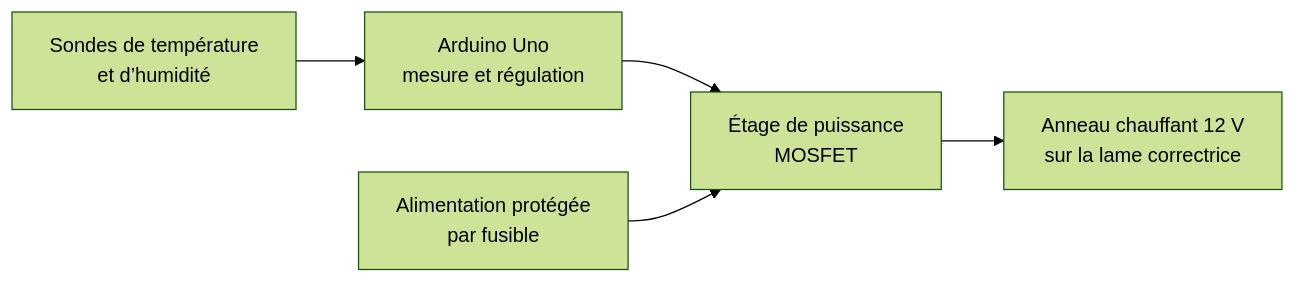
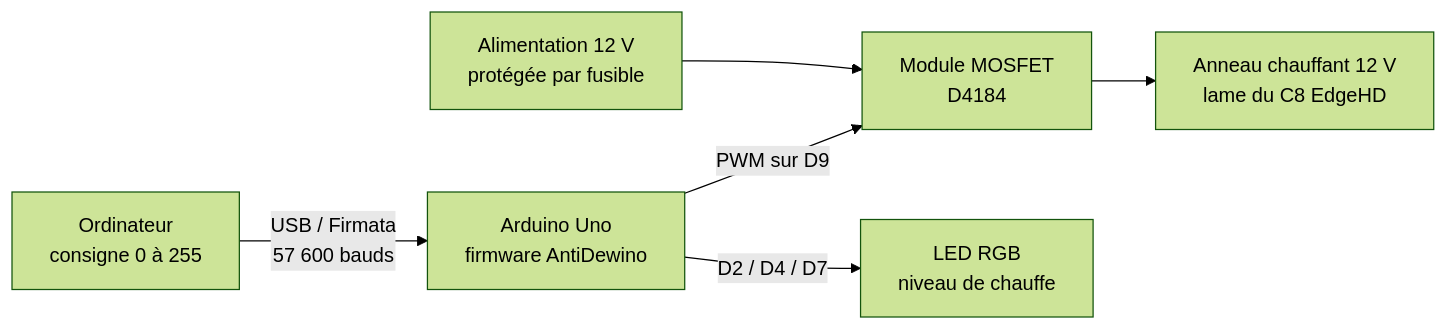
The diagram in content/astronomie/materiel/antidewino/architecture.md (CosmicExplorator/cosmicexplorator.github.io), drawn with Mermaid (forest theme) before and after one commit. The commit also changed other lines of this file and 4 other files, not shown here.

```diff
--- a/content/astronomie/materiel/antidewino/architecture.md
+++ b/content/astronomie/materiel/antidewino/architecture.md
@@ -13,7 +15,8 @@
 {{< mermaid >}}
 flowchart LR
-    S["Sondes de température<br/>et d’humidité"] --> A["Arduino Uno<br/>mesure et régulation"]
-    A --> M["Étage de puissance<br/>MOSFET"]
-    P["Alimentation protégée<br/>par fusible"] --> M
-    M --> R["Anneau chauffant 12 V<br/>sur la lame correctrice"]
+    H["Ordinateur<br/>consigne 0 à 255"] -->|"USB / Firmata<br/>57 600 bauds"| A["Arduino Uno<br/>firmware AntiDewino"]
+    A -->|"PWM sur D9"| M["Module MOSFET<br/>D4184"]
+    A -->|"D2 / D4 / D7"| L["LED RGB<br/>niveau de chauffe"]
+    P["Alimentation 12 V<br/>protégée par fusible"] --> M
+    M --> R["Anneau chauffant 12 V<br/>lame du C8 EdgeHD"]
 {{< /mermaid >}}
```
